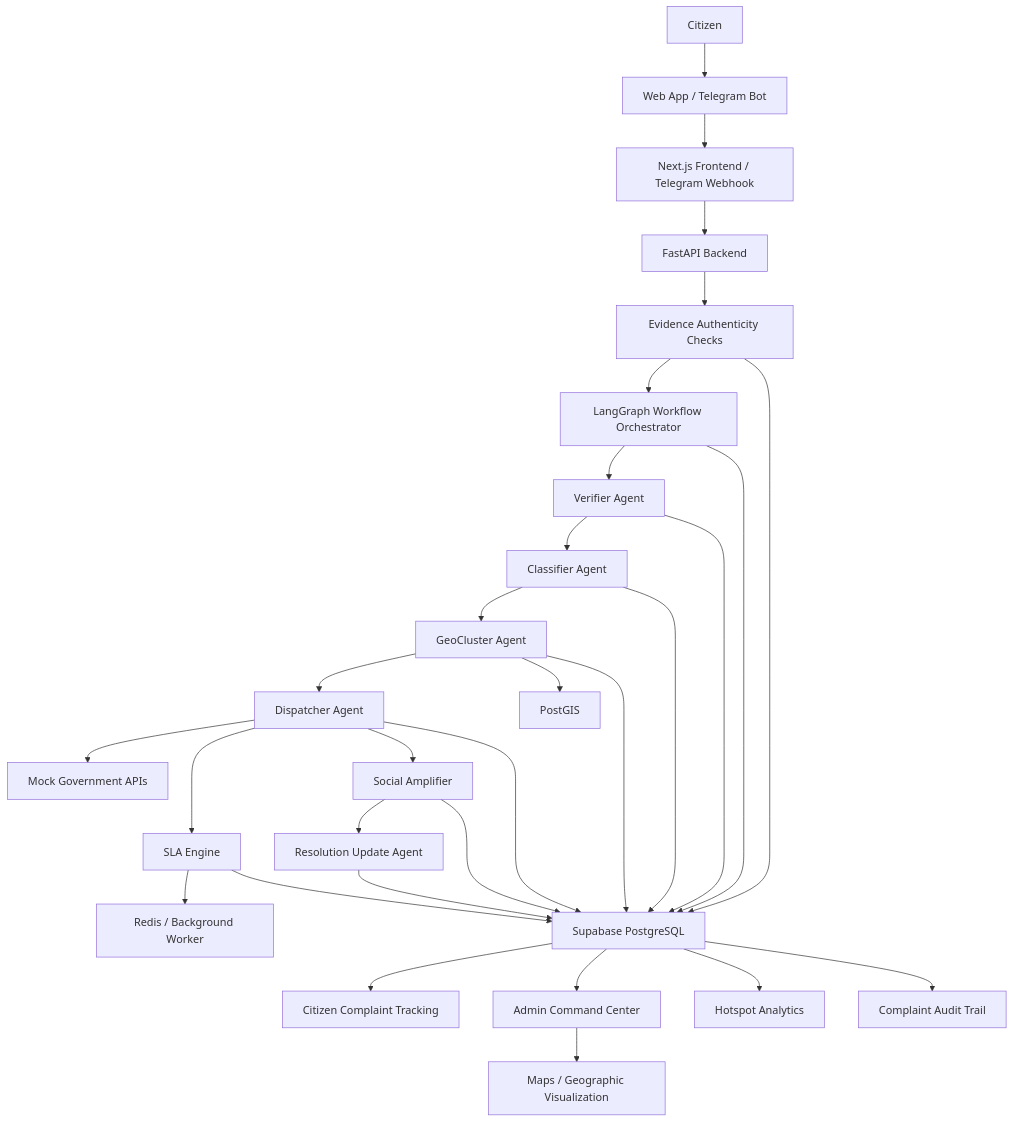
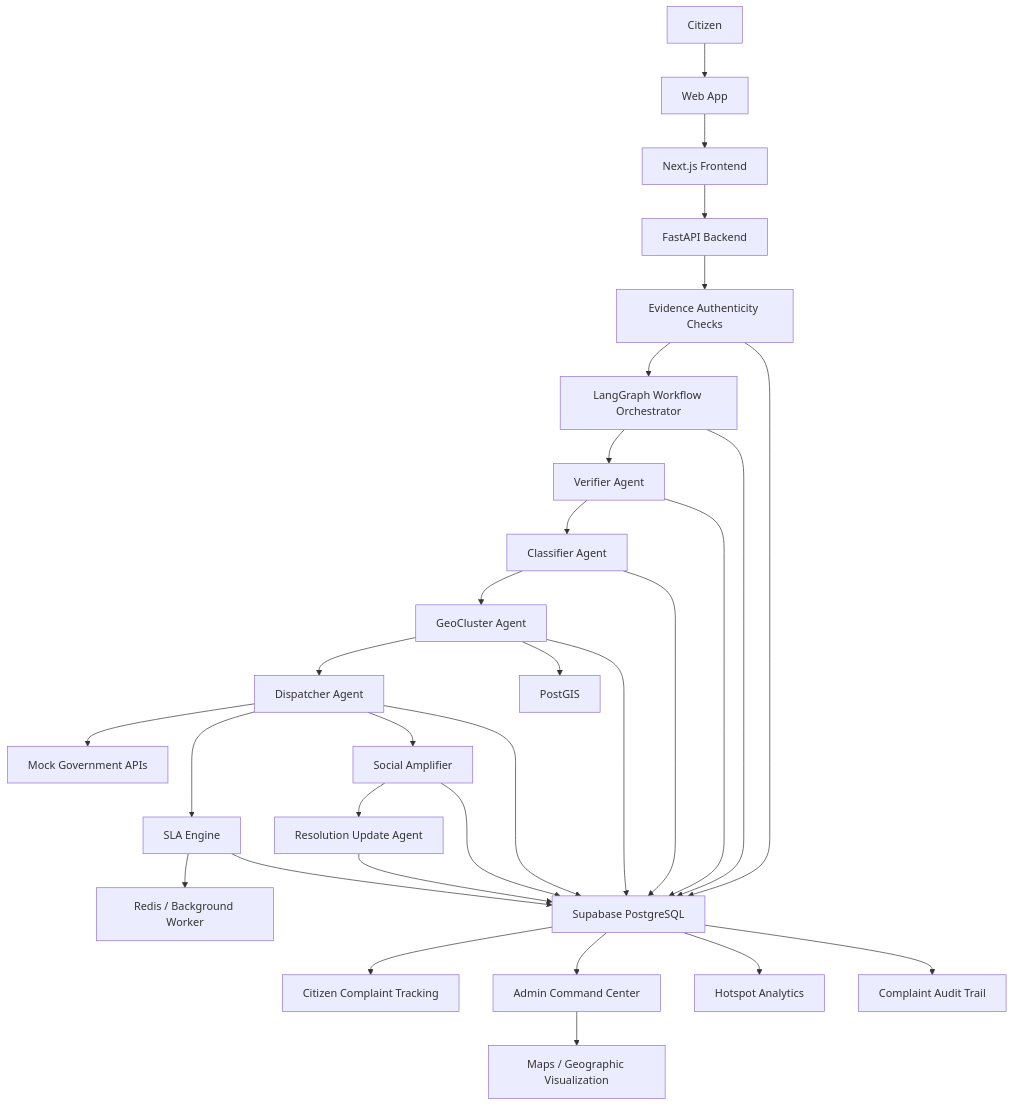
One commit to amal-krishna-m-u/BarathSeva changed the first of 2 diagrams in README.md. Above: the diagram before and after it, drawn with Mermaid. The commit also changed other lines of this file and 14 other files, not shown here.

````diff
--- a/README.md
+++ b/README.md
@@ -140,44 +140,44 @@
 ```mermaid
 flowchart TD
 
-    A[Citizen] --> B[Web App / Telegram Bot]
+    A[Citizen] --> B[Web App]
 
-    B --> C[Next.js Frontend / Telegram Webhook]
+    B --> C[Next.js Frontend]
 
     C --> D[FastAPI Backend]
 
     D --> EV[Evidence Authenticity Checks]
     EV --> E[LangGraph Workflow Orchestrator]
 
     E --> F[Verifier Agent]
     F --> G[Classifier Agent]
     G --> H[GeoCluster Agent]
     H --> I[Dispatcher Agent]
 
     I --> J[Mock Government APIs]
 
     I --> K[SLA Engine]
     K --> L[Redis / Background Worker]
 
     I --> M[Social Amplifier]
     M --> N[Resolution Update Agent]
 
     H --> O[PostGIS]
 
     E --> P[Supabase PostgreSQL]
     EV --> P
     F --> P
     G --> P
     H --> P
     I --> P
     K --> P
     M --> P
     N --> P
 
     P --> Q[Citizen Complaint Tracking]
     P --> R[Admin Command Center]
     P --> S[Hotspot Analytics]
     P --> T[Complaint Audit Trail]
 
     R --> U[Maps / Geographic Visualization]
 ```
````
